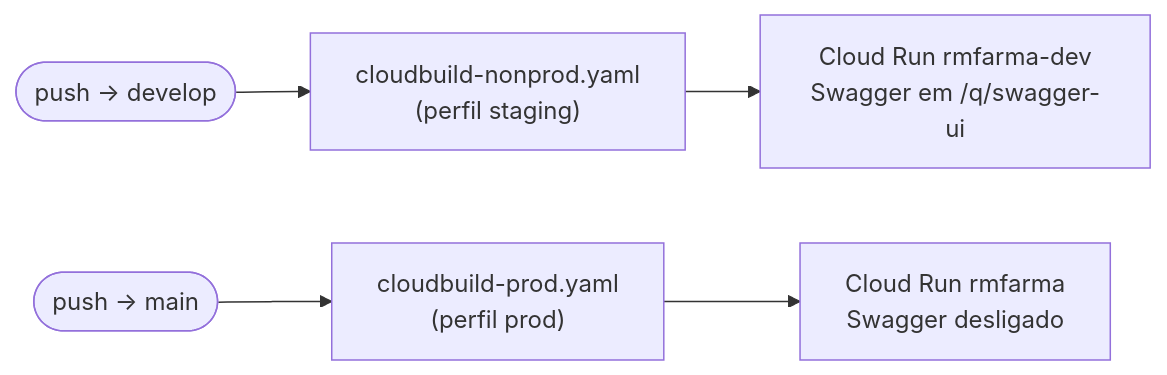
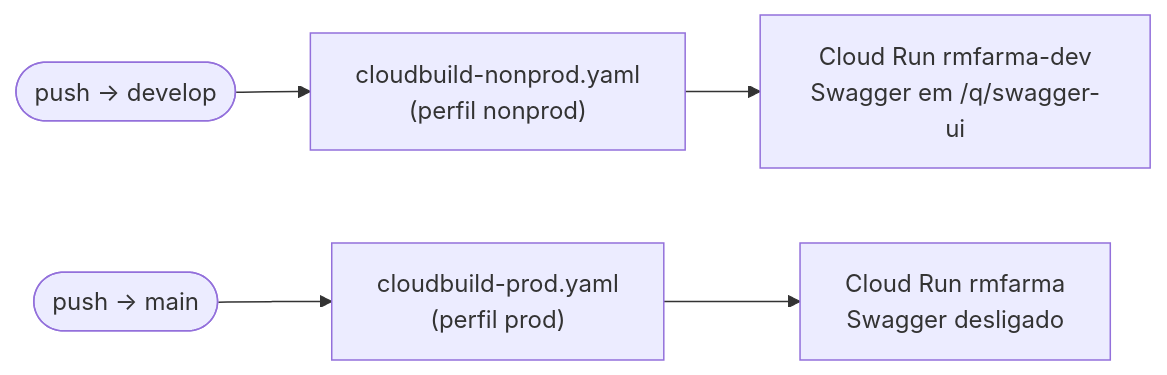
Before and after one commit to rm-farma/pharma-hub: the third of 3 diagrams in README.md, drawn with Mermaid. The commit also changed other lines of this file and 2 other files, not shown here.

Commit message:
fix(config): completa o rename staging -> nonprod que ficou de fora do commit anterior

````diff
--- a/README.md
+++ b/README.md
@@ -193,5 +193,5 @@
 ```mermaid
 flowchart LR
-    D(["push → develop"]) --> CBD["cloudbuild-nonprod.yaml\n(perfil staging)"] --> RD["Cloud Run rmfarma-dev\nSwagger em /q/swagger-ui"]
+    D(["push → develop"]) --> CBD["cloudbuild-nonprod.yaml\n(perfil nonprod)"] --> RD["Cloud Run rmfarma-dev\nSwagger em /q/swagger-ui"]
     M(["push → main"]) --> CBM["cloudbuild-prod.yaml\n(perfil prod)"] --> RM["Cloud Run rmfarma\nSwagger desligado"]
 ```
````
